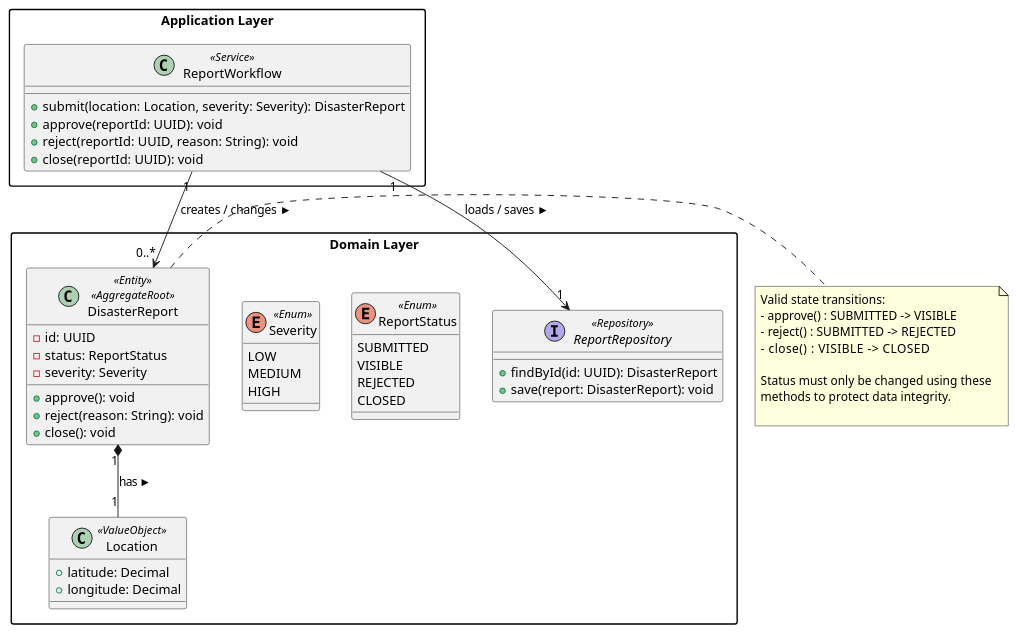
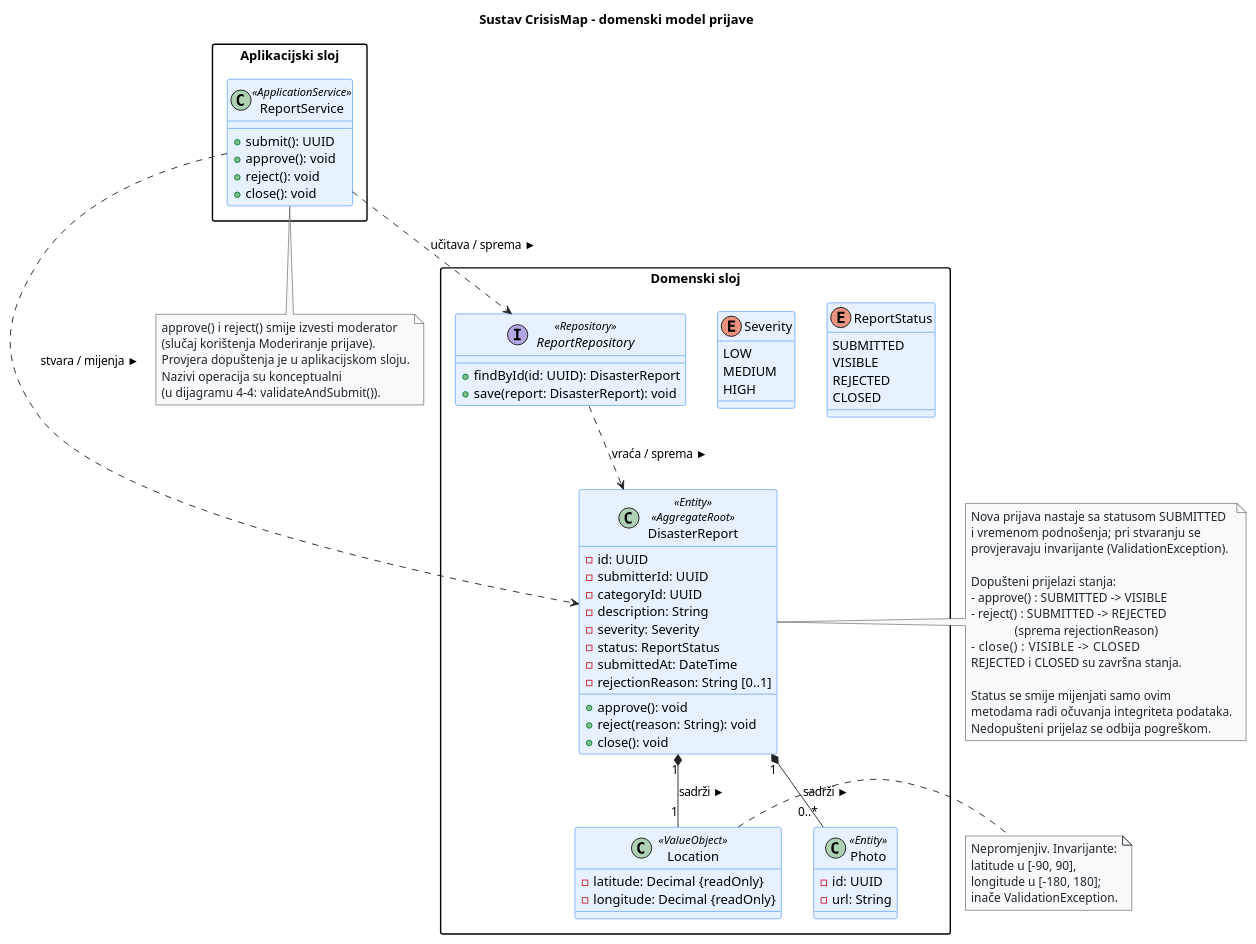
The diagram in docs/puml/4-3-crisismap-domain-CD.puml (VladoSruk/Programsko-inzenjerstvo), drawn with PlantUML before and after one commit. The commit also changed other lines of this file and 9 other files, not shown here.

First line of the commit message:
docs(uml): osvježi i standardiziraj CrisisMap UML dokumentaciju

```diff
--- a/docs/puml/4-3-crisismap-domain-CD.puml
+++ b/docs/puml/4-3-crisismap-domain-CD.puml
@@ -40,89 +19,136 @@
 @startuml
+title Sustav CrisisMap – domenski model prijave
 
 skinparam shadowing false
 skinparam defaultFontName Arial
 skinparam packageStyle rectangle
+skinparam ArrowColor #212529
 
-' ==============================================================================
-' Application Layer 
-' Orchestrates use cases and delegates to the domain.
-' ==============================================================================
-package "Application Layer" {
-  
-  class ReportWorkflow <<Service>> {
-    +submit(location: Location, severity: Severity): DisasterReport
-    +approve(reportId: UUID): void
-    +reject(reportId: UUID, reason: String): void
-    +close(reportId: UUID): void
-  }
-  
+skinparam class {
+    BackgroundColor #E7F1FF
+    BorderColor #0D6EFD
+}
+
+skinparam note {
+    BackgroundColor #F8F9FA
+    BorderColor #212529
+    FontColor #212529
 }
 
 ' ==============================================================================
-' Domain Layer 
-' Encapsulates core business state, rules, and logic.
+' Aplikacijski sloj: orkestrira slučajeve korištenja i delegira domeni.
 ' ==============================================================================
-package "Domain Layer" {
+package "Aplikacijski sloj" {
 
+  class ReportService <<ApplicationService>> {
+    +submit(): UUID
+    +approve(): void
+    +reject(): void
+    +close(): void
+  }
+
+}
+
+' ==============================================================================
+' Domenski sloj: sadrži poslovno stanje i pravila.
+' ==============================================================================
+package "Domenski sloj" {
+
+  ' Korisnik i kategorija su drugi agregati, pa se referenciraju samo
+  ' identifikatorom (submitterId, categoryId), a ne objektom. Location i Photo
+  ' su dijelovi agregata i prikazani su kompozicijom, a ne atributima.
   class DisasterReport <<Entity>> <<AggregateRoot>> {
     -id: UUID
+    -submitterId: UUID
+    -categoryId: UUID
+    -description: String
+    -severity: Severity
     -status: ReportStatus
-    -severity: Severity
+    -submittedAt: DateTime
+    -rejectionReason: String [0..1]
     +approve(): void
     +reject(reason: String): void
     +close(): void
   }
-  
+
   class Location <<ValueObject>> {
-    +latitude: Decimal
-    +longitude: Decimal
+    -latitude: Decimal {readOnly}
+    -longitude: Decimal {readOnly}
   }
-  
-  enum ReportStatus <<Enum>> {
+
+  class Photo <<Entity>> {
+    -id: UUID
+    -url: String
+  }
+
+  enum ReportStatus {
     SUBMITTED
     VISIBLE
     REJECTED
     CLOSED
   }
-  
-  enum Severity <<Enum>> {
+
+  enum Severity {
     LOW
     MEDIUM
     HIGH
   }
-  
+
   interface ReportRepository <<Repository>> {
     +findById(id: UUID): DisasterReport
     +save(report: DisasterReport): void
   }
-  
+
 }
 
 ' ==============================================================================
-' Structural Relationships & Multiplicities
+' Veze i višestrukosti
 ' ==============================================================================
 
-' Composition mapping (Value Object lifecycle is bound to the Entity)
-DisasterReport "1" *-- "1" Location : has ►
+' Location je value object, a Photo ima smisla samo uz prijavu: životni ciklus
+' im je vezan uz prijavu (kompozicija).
+DisasterReport "1" *-- "1" Location : sadrži ►
+DisasterReport "1" *-- "0..*" Photo : sadrži ►
 
-' Application Service dependencies on the Domain
-ReportWorkflow "1" --> "0..*" DisasterReport : creates / changes ►
-ReportWorkflow "1" --> "1" ReportRepository : loads / saves ►
+' Servis ovisi o sučelju repozitorija, a ne o konkretnoj implementaciji.
+ReportService ..> DisasterReport : stvara / mijenja ►
+ReportService ..> ReportRepository : učitava / sprema ►
+ReportRepository ..> DisasterReport : vraća / sprema ►
 
 ' ==============================================================================
-'  Constraints
+' Ograničenja
 ' ==============================================================================
 
 note right of DisasterReport
-  Valid state transitions:
+  Nova prijava nastaje sa statusom SUBMITTED
+  i vremenom podnošenja; pri stvaranju se
+  provjeravaju invarijante (ValidationException).
+
+  Dopušteni prijelazi stanja:
   - approve() : SUBMITTED -> VISIBLE
   - reject()  : SUBMITTED -> REJECTED
+                (sprema rejectionReason)
   - close()   : VISIBLE   -> CLOSED
+  REJECTED i CLOSED su završna stanja.
 
-  Status must only be changed using these 
-  methods to protect data integrity.
-
+  Status se smije mijenjati samo ovim
+  metodama radi očuvanja integriteta podataka.
+  Nedopušteni prijelaz se odbija pogreškom.
 end note
 
+note right of Location
+  Nepromjenjiv. Invarijante:
+  latitude u [-90, 90],
+  longitude u [-180, 180];
+  inače ValidationException.
+end note
+
+note bottom of ReportService
+  approve() i reject() smije izvesti moderator
+  (slučaj korištenja Moderiranje prijave).
+  Provjera dopuštenja je u aplikacijskom sloju.
+  Nazivi operacija su konceptualni
+  (u dijagramu 4-4: validateAndSubmit()).
+end note
 
 @enduml
```
